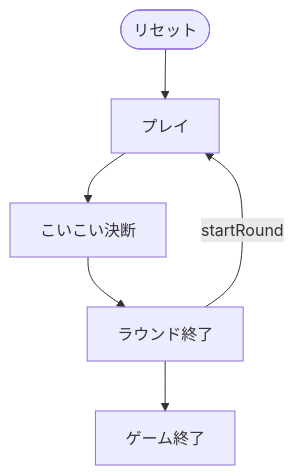
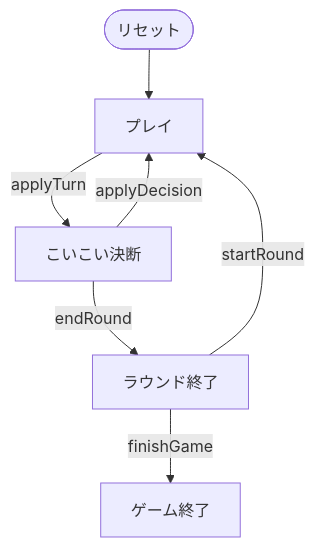
One commit to yuta-yoshinaga/go_trumpcards changed the diagram in docs/manual/cui/koikoi.md. Above: the diagram before and after it, drawn with Mermaid. The commit also changed 53 other files, not shown here.

````diff
--- a/docs/manual/cui/koikoi.md
+++ b/docs/manual/cui/koikoi.md
@@ -50,8 +50,13 @@
 ```mermaid
 flowchart TD
     S(["リセット"]) --> P0
-    P0["プレイ"] --> P1["こいこい決断"]
-    P1["こいこい決断"] --> P2["ラウンド終了"]
-    P2["ラウンド終了"] --> P3["ゲーム終了"]
+    P0["プレイ"]
+    P1["こいこい決断"]
+    P2["ラウンド終了"]
+    P3["ゲーム終了"]
     P2 -->|startRound| P0
+    P0 -->|applyTurn| P1
+    P1 -->|applyDecision| P0
+    P1 -->|endRound| P2
+    P2 -->|finishGame| P3
 ```
````
